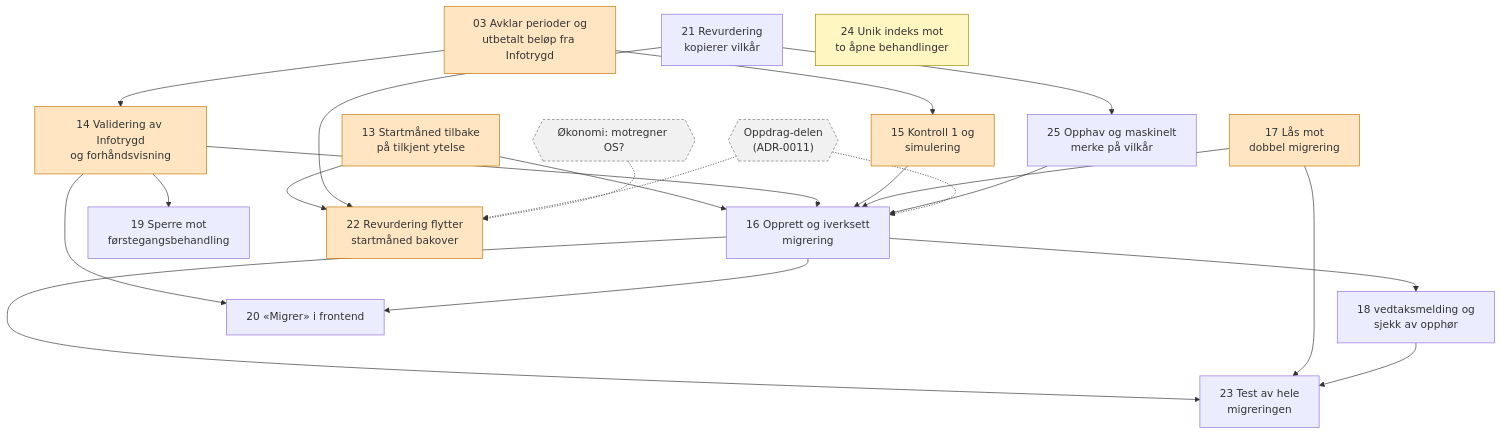
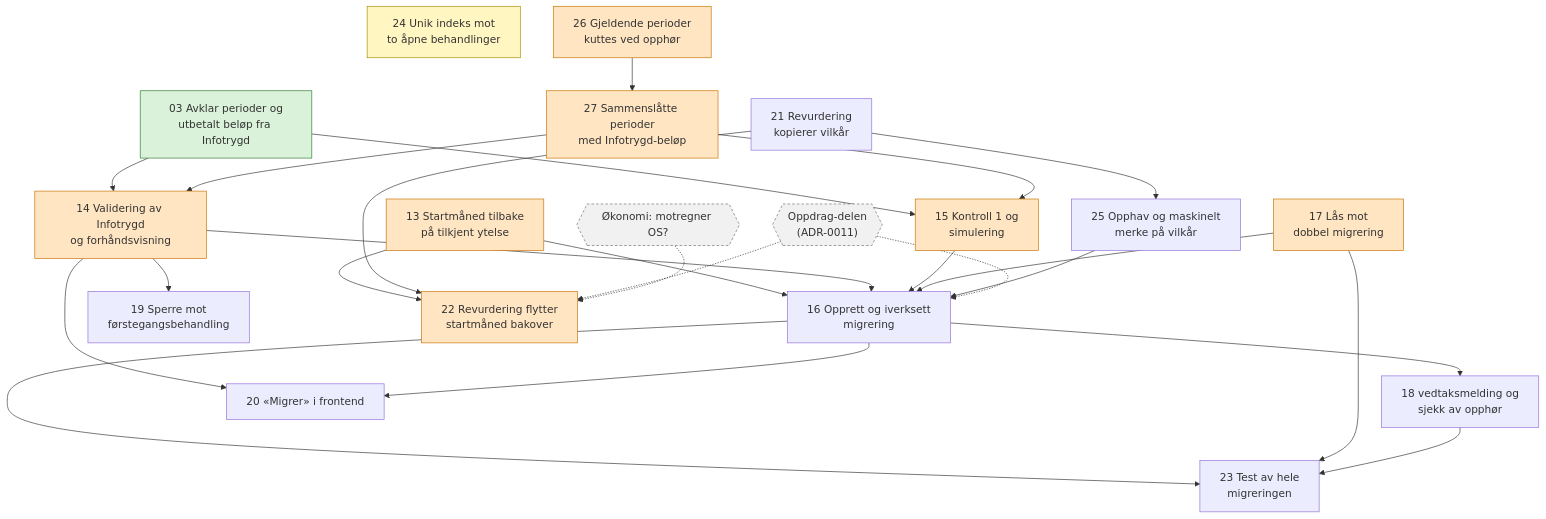
The diagram in .scratch/migrering/avhengigheter.md (navikt/grunn-og-hjelpestonad), drawn with Mermaid before and after one commit. The commit also changed other lines of this file and 13 other files, not shown here.

First line of the commit message:
Avklar perioder og utbetalt beløp fra infotrygd ved migrering (#115)

````diff
--- a/.scratch/migrering/avhengigheter.md
+++ b/.scratch/migrering/avhengigheter.md
@@ -14,53 +16,60 @@
 ```mermaid
 flowchart TD
     T03["03 Avklar perioder og<br/>utbetalt beløp fra Infotrygd"]
     T13["13 Startmåned tilbake<br/>på tilkjent ytelse"]
     T14["14 Validering av Infotrygd<br/>og forhåndsvisning"]
     T15["15 Kontroll 1 og<br/>simulering"]
     T16["16 Opprett og iverksett<br/>migrering"]
     T17["17 Lås mot<br/>dobbel migrering"]
     T18["18 vedtaksmelding og<br/>sjekk av opphør"]
     T19["19 Sperre mot<br/>førstegangsbehandling"]
     T20["20 «Migrer» i frontend"]
     T21["21 Revurdering<br/>kopierer vilkår"]
     T22["22 Revurdering flytter<br/>startmåned bakover"]
     T23["23 Test av hele<br/>migreringen"]
     T24["24 Unik indeks mot<br/>to åpne behandlinger"]
     T25["25 Opphav og maskinelt<br/>merke på vilkår"]
+    T26["26 Gjeldende perioder<br/>kuttes ved opphør"]
+    T27["27 Sammenslåtte perioder<br/>med Infotrygd-beløp"]
 
     OKO{{"Økonomi: motregner OS?"}}
     OPP{{"Oppdrag-delen<br/>(ADR-0011)"}}
 
     T03 --> T14
     T03 --> T15
+    T26 --> T27
+    T27 --> T14
+    T27 --> T15
 
     T13 --> T16
     T14 --> T16
     T15 --> T16
     T17 --> T16
     T25 --> T16
     T21 --> T25
     OPP -.-> T16
 
     T16 --> T18
     T14 --> T19
     T14 --> T20
     T16 --> T20
 
     T13 --> T22
     T21 --> T22
     OPP -.-> T22
     OKO -.-> T22
 
     T16 --> T23
     T17 --> T23
     T18 --> T23
 
     classDef menneske fill:#ffe5c2,stroke:#c77300
     classDef triage fill:#fff6c2,stroke:#a68b00
     classDef ekstern fill:#f1f1f1,stroke:#707070,stroke-dasharray: 4 3
+    classDef loest fill:#d9f2d9,stroke:#2e7d32
 
-    class T03,T13,T14,T15,T17,T22 menneske
+    class T13,T14,T15,T17,T22,T26,T27 menneske
+    class T03 loest
     class T24 triage
     class OKO,OPP ekstern
 ```
````
